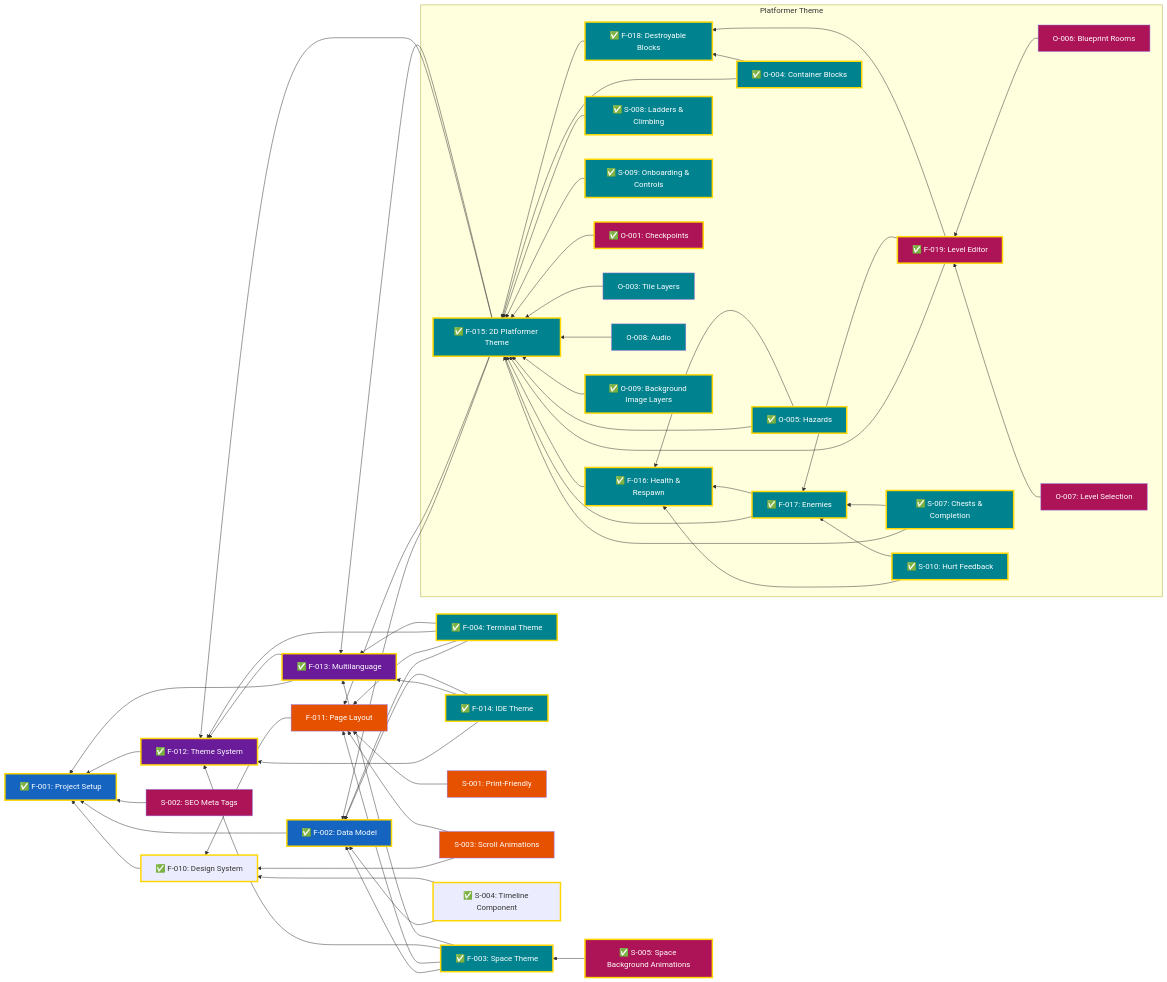
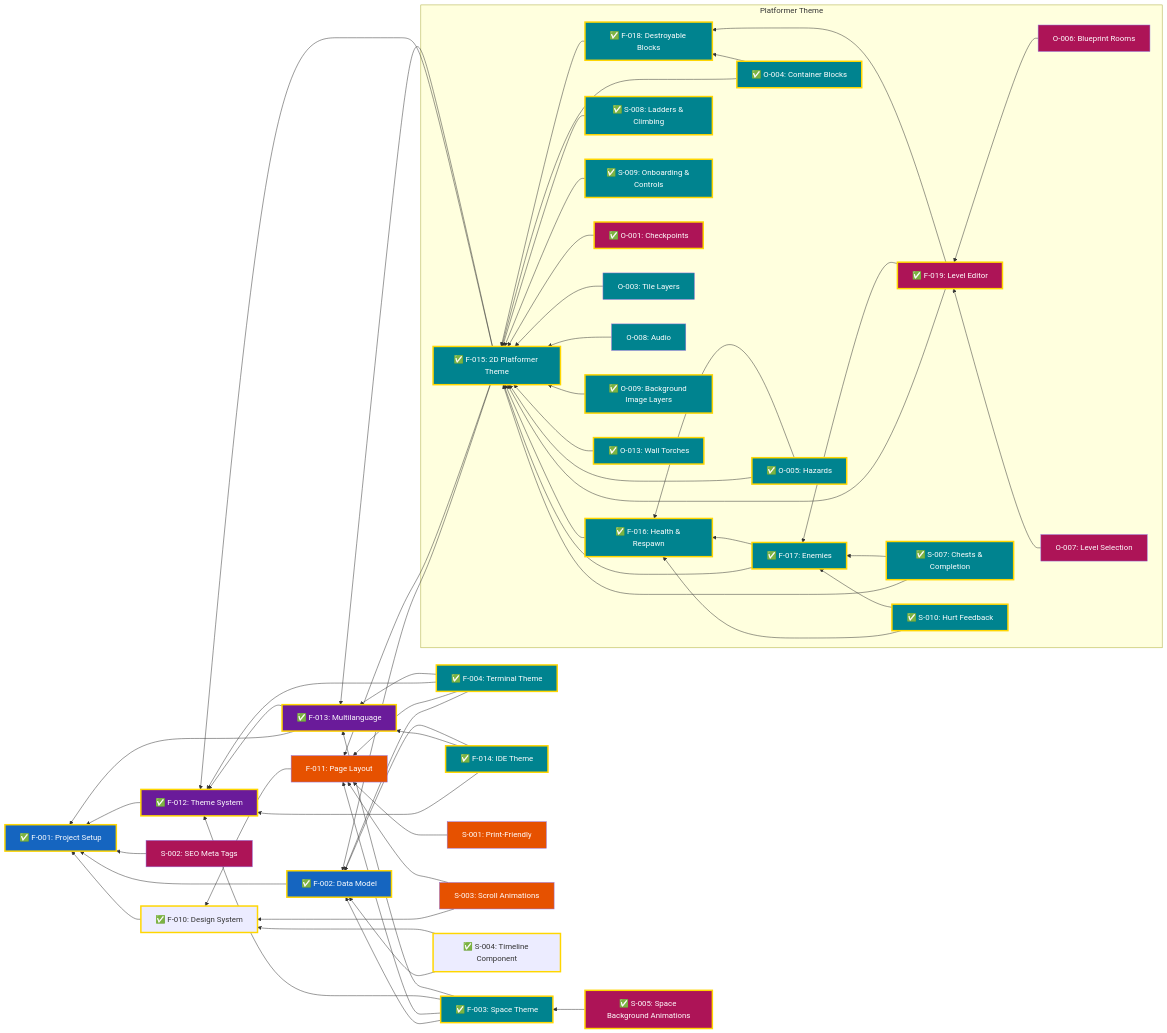
Before and after one commit to garcipat/cv-website: the diagram in docs/Features.md, drawn with Mermaid. The commit also changed other lines of this file and 23 other files, not shown here.

````diff
--- a/docs/Features.md
+++ b/docs/Features.md
@@ -136,6 +138,7 @@
         O007["O-007: Level Selection"]
         O008["O-008: Audio"]
         O009["✅ O-009: Background Image Layers"]
+        O013["✅ O-013: Wall Torches"]
     end
 
     F003 --> F002
@@ -189,6 +192,7 @@
     O008 --> F015
     O009 --> F015
     O001 --> F015
+    O013 --> F015
 
     classDef done stroke:#FFD600,stroke-width:3px
     classDef projectSetup fill:#1565C0,color:#ffffff
@@ -213,7 +217,8 @@
     class S002,S005,O001 enhancements
     class O001 done
     class S005 done
-    class F015,F016,F017,F018,S007,S008,S009,S010,O003,O004,O005,O008,O009 themes
+    class F015,F016,F017,F018,S007,S008,S009,S010,O003,O004,O005,O008,O009,O013 themes
     class F019,O006,O007 enhancements
     class F015,F016,F017,F018,F019,S007,S008,S009,S010,O004,O005,O009 done
+    class O013 done
 ```
````
